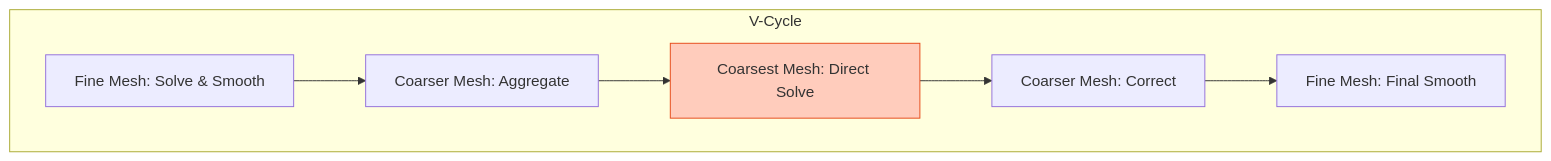
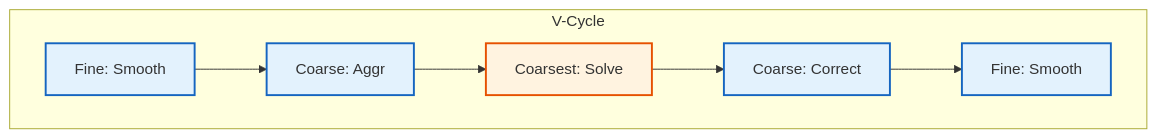
The first of 2 diagrams in MODULE_05_OPENFOAM_PROGRAMMING/CONTENT/06_MATRICES_LINEARALGEBRA/04_Linear_Solvers_Hierarchy.md (wramet/build-my-cfd), drawn with Mermaid before and after one commit. The commit also changed other lines of this file and 313 other files, not shown here.

Commit message:
Revise all diagram

````diff
--- a/MODULE_05_OPENFOAM_PROGRAMMING/CONTENT/06_MATRICES_LINEARALGEBRA/04_Linear_Solvers_Hierarchy.md
+++ b/MODULE_05_OPENFOAM_PROGRAMMING/CONTENT/06_MATRICES_LINEARALGEBRA/04_Linear_Solvers_Hierarchy.md
@@ -371,17 +371,18 @@
 ```mermaid
 flowchart TD
-    F1[Fine Mesh: Solve & Smooth] --> C[Coarser Mesh: Aggregate]
-    C --> CC[Coarsest Mesh: Direct Solve]
-    CC --> C2[Coarser Mesh: Correct]
-    C2 --> F2[Fine Mesh: Final Smooth]
-
-    subgraph V_Cycle["V-Cycle"]
-        F1
-        C
-        CC
-        C2
-        F2
-    end
-
-    style CC fill:#ffccbc,stroke:#e64a19
+%% Classes
+classDef explicit fill:#fff3e0,stroke:#e65100,stroke-width:2px;
+classDef implicit fill:#e3f2fd,stroke:#1565c0,stroke-width:2px;
+%% Nodes
+F1[Fine: Smooth]:::implicit --> C[Coarse: Aggr]:::implicit
+C --> CC[Coarsest: Solve]:::explicit
+CC --> C2[Coarse: Correct]:::implicit
+C2 --> F2[Fine: Smooth]:::implicit
+subgraph Cycle [V-Cycle]
+    F1
+    C
+    CC
+    C2
+    F2
+end
 ```
````
